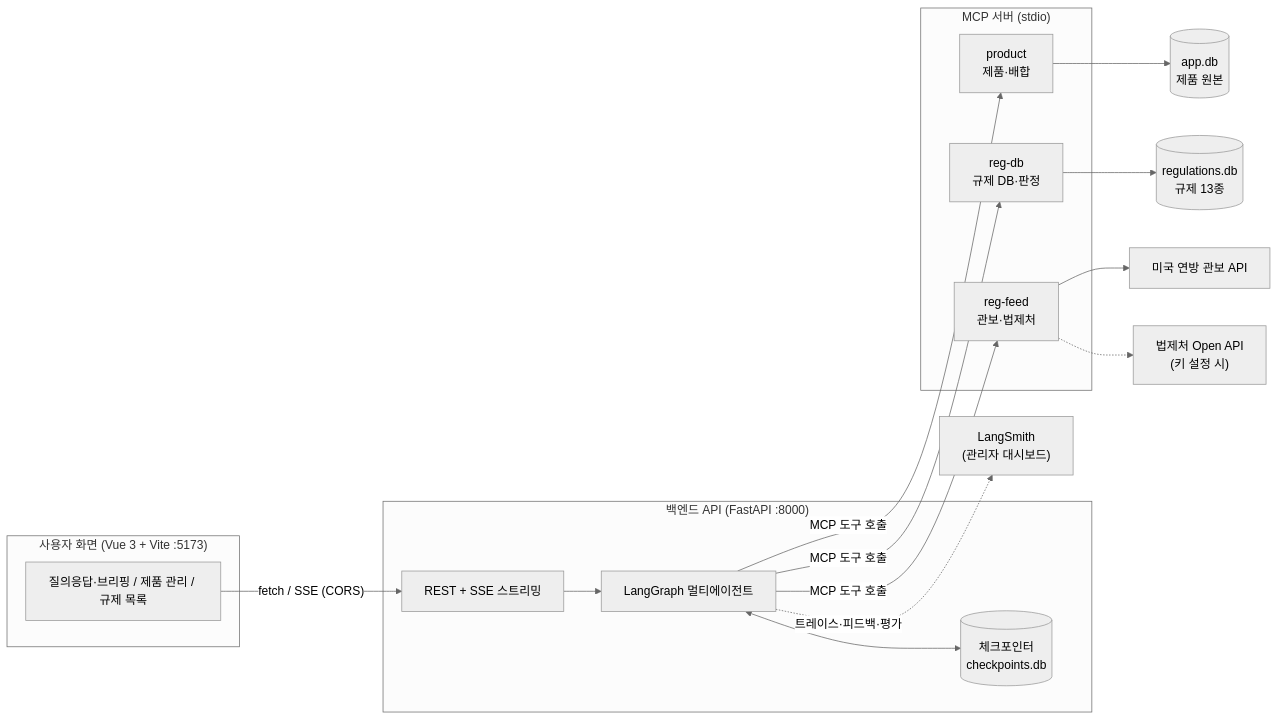
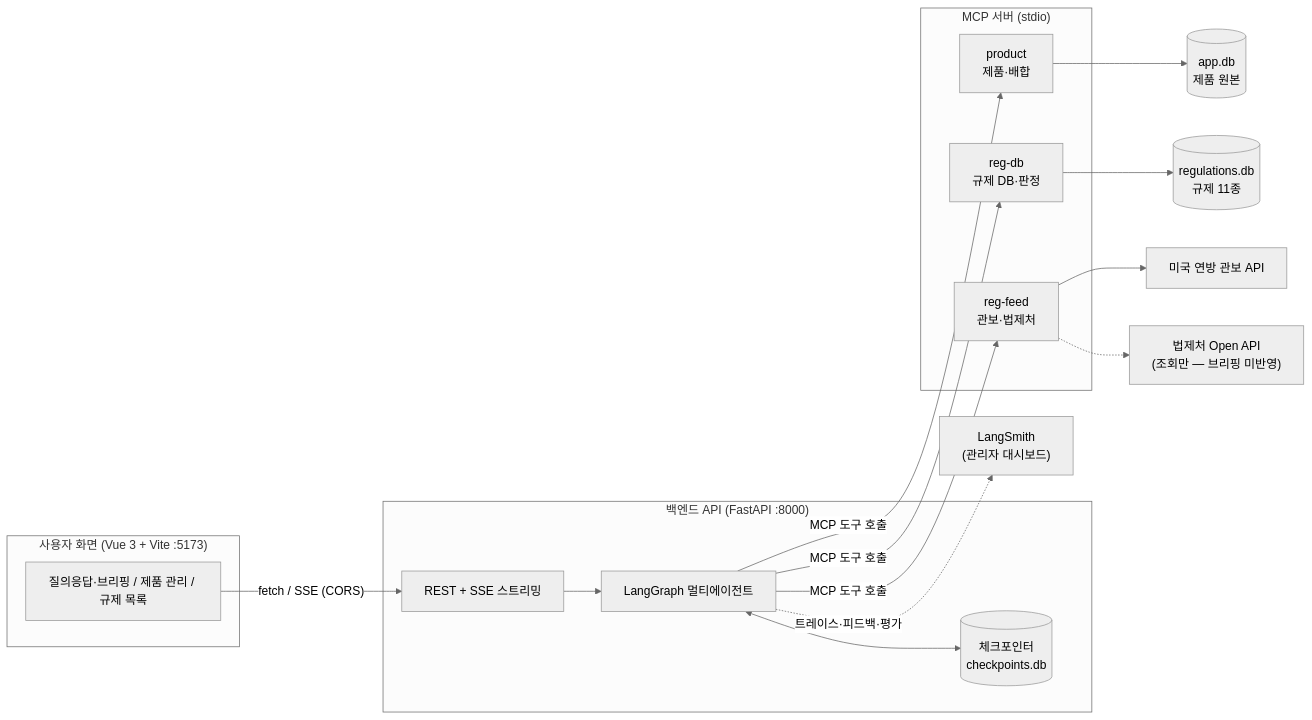
One commit to ji0x0/skala-chem-reg changed the first of 2 diagrams in README.md. Above: the diagram before and after it, drawn with Mermaid (neutral theme). The commit also changed other lines of this file and 18 other files, not shown here.

````diff
--- a/README.md
+++ b/README.md
@@ -32,24 +32,24 @@
 ```mermaid
 flowchart LR
     subgraph FE["사용자 화면 (Vue 3 + Vite :5173)"]
         UI["질의응답·브리핑 / 제품 관리 / 규제 목록"]
     end
     subgraph BE["백엔드 API (FastAPI :8000)"]
         API["REST + SSE 스트리밍"]
         G["LangGraph 멀티에이전트"]
         CK[("체크포인터<br/>checkpoints.db")]
     end
     subgraph MCP["MCP 서버 (stdio)"]
         P["product<br/>제품·배합"]
         R["reg-db<br/>규제 DB·판정"]
         F["reg-feed<br/>관보·법제처"]
     end
     UI -- "fetch / SSE (CORS)" --> API --> G
     G <--> CK
     G -- "MCP 도구 호출" --> P & R & F
     P --> ADB[("app.db<br/>제품 원본")]
-    R --> RDB[("regulations.db<br/>규제 13종")]
+    R --> RDB[("regulations.db<br/>규제 11종")]
     F --> FR["미국 연방 관보 API"]
-    F -.-> LAW["법제처 Open API<br/>(키 설정 시)"]
+    F -.-> LAW["법제처 Open API<br/>(조회만 — 브리핑 미반영)"]
     G -. "트레이스·피드백·평가" .-> LS["LangSmith<br/>(관리자 대시보드)"]
 ```
````
